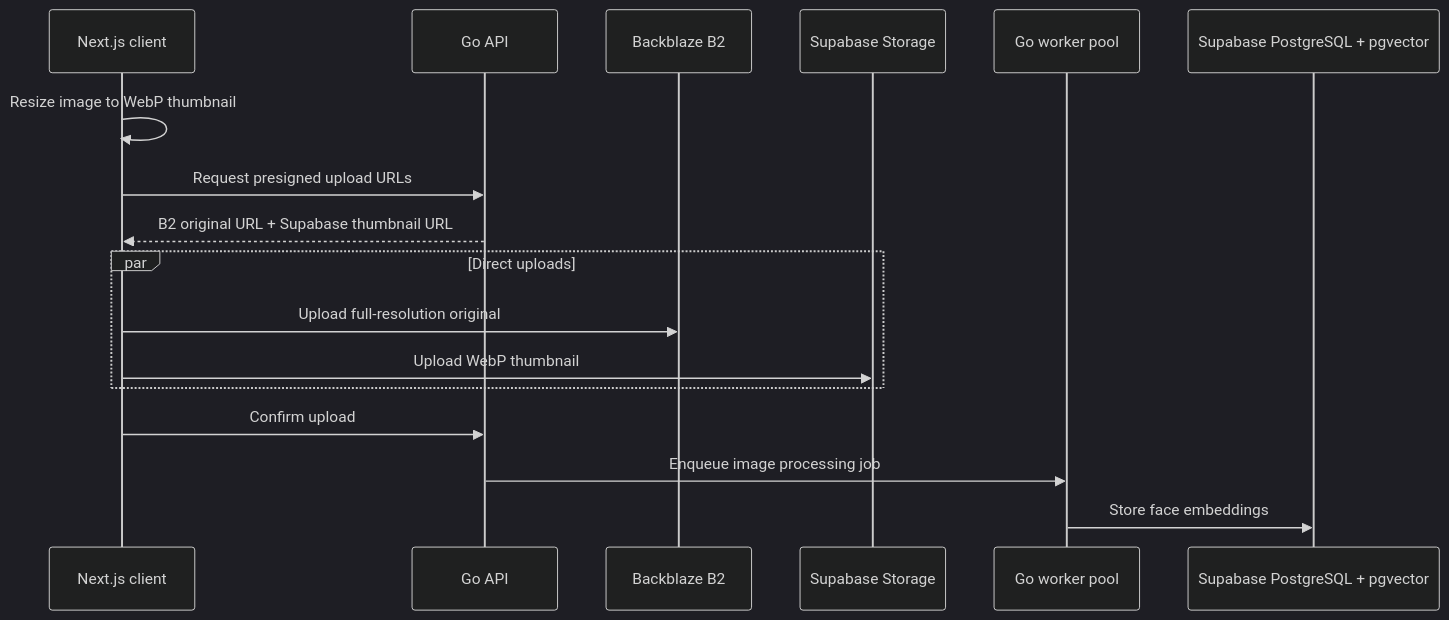
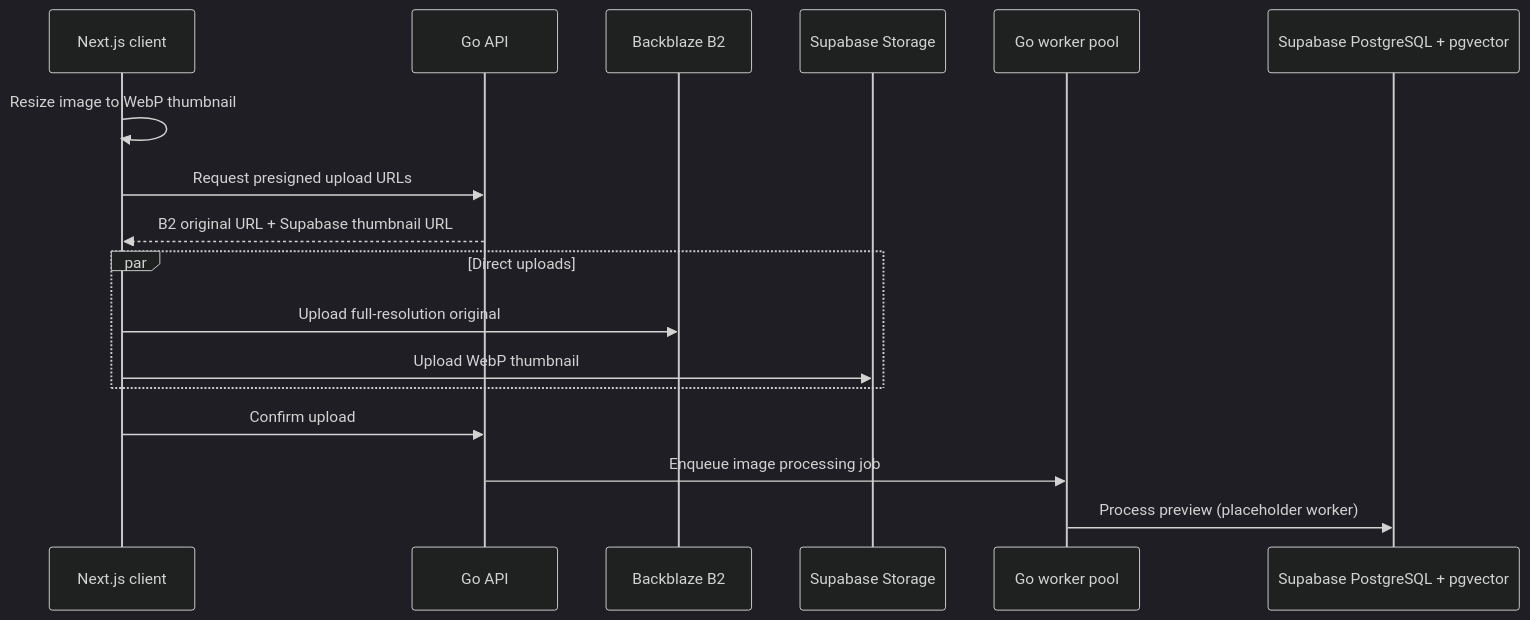
One commit to feastyr69/pickme changed the diagram in README.md. Above: the diagram before and after it, drawn with Mermaid (dark theme). The commit also changed other lines of this file and 11 other files, not shown here.

````diff
--- a/README.md
+++ b/README.md
@@ -15,19 +15,19 @@
 ```mermaid
 sequenceDiagram
     participant C as Next.js client
     participant API as Go API
     participant B2 as Backblaze B2
     participant S as Supabase Storage
     participant W as Go worker pool
     participant DB as Supabase PostgreSQL + pgvector
     C->>C: Resize image to WebP thumbnail
     C->>API: Request presigned upload URLs
     API-->>C: B2 original URL + Supabase thumbnail URL
     par Direct uploads
         C->>B2: Upload full-resolution original
         C->>S: Upload WebP thumbnail
     end
     C->>API: Confirm upload
     API->>W: Enqueue image processing job
-    W->>DB: Store face embeddings
+    W->>DB: Process preview (placeholder worker)
 ```
````
